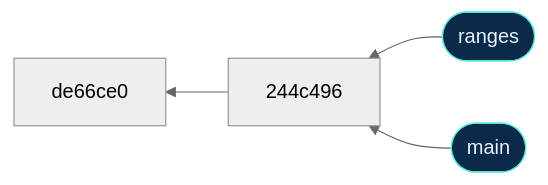
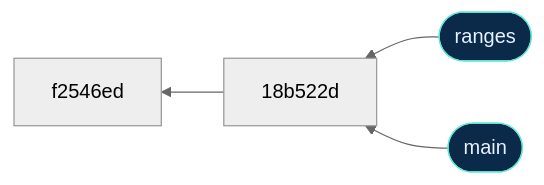
One commit to MindaugasSarpis/CERN_lessons_on_data_analysis changed the eighth of 9 diagrams in lectures/content/slides/05_Version_Control.md. Above: the diagram before and after it, drawn with Mermaid (neutral theme). The commit also changed other lines of this file and 34 other files, not shown here.

````diff
--- a/lectures/content/slides/05_Version_Control.md
+++ b/lectures/content/slides/05_Version_Control.md
@@ -2097,6 +2094,6 @@
 ```mermaid {scale: 0.6}
 flowchart RL
-    R(["ranges"]):::input --> C2["244c496"] --> C1["de66ce0"]
+    R(["ranges"]):::input --> C2["18b522d"] --> C1["f2546ed"]
     M(["main"]):::input --> C2
     classDef input fill:#0b2a4a,stroke:#5eead4,color:#e8f1ff
 ```
````
